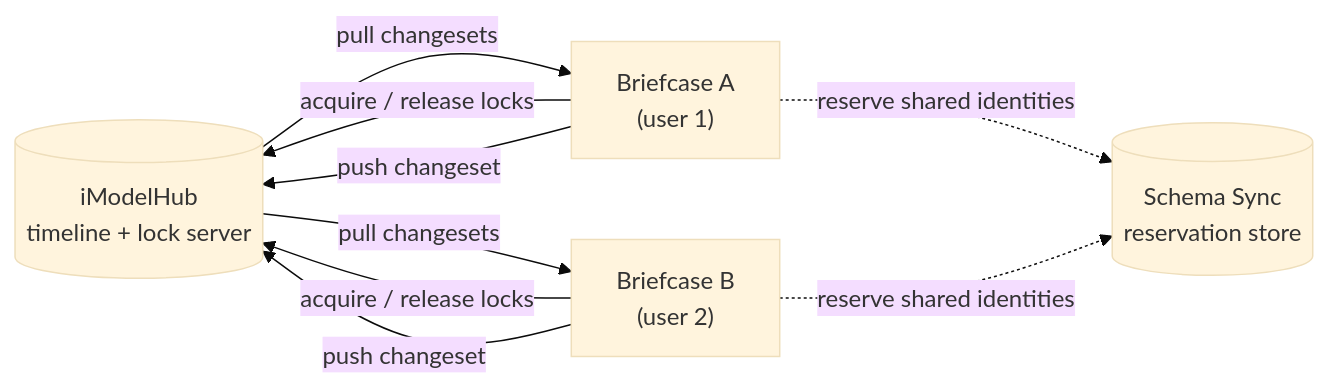
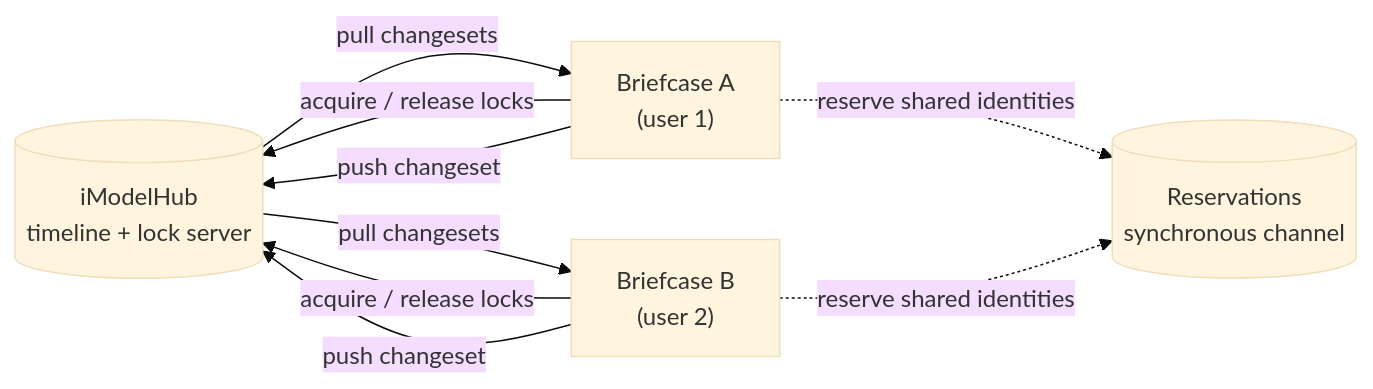
The first of 5 diagrams in docs/learning/backend/ConcurrencyControl.md (iTwin/itwinjs-core), drawn with Mermaid (base theme) before and after one commit. The commit also changed other lines of this file and 4 other files, not shown here.

````diff
--- a/docs/learning/backend/ConcurrencyControl.md
+++ b/docs/learning/backend/ConcurrencyControl.md
@@ -29,16 +29,16 @@
 ```mermaid
 graph LR
     Hub[("iModelHub<br/>timeline + lock server")]
-    Sync[("Schema Sync<br/>reservation store")]
+    Sync[("Reservations<br/>synchronous channel")]
     B1["Briefcase A<br/>(user 1)"]
     B2["Briefcase B<br/>(user 2)"]
 
     Hub -- "pull changesets" --> B1
     Hub -- "pull changesets" --> B2
     B1 -- "acquire / release locks" --> Hub
     B2 -- "acquire / release locks" --> Hub
     B1 -- "push changeset" --> Hub
     B2 -- "push changeset" --> Hub
     B1 -. "reserve shared identities" .-> Sync
     B2 -. "reserve shared identities" .-> Sync
 ```
````
